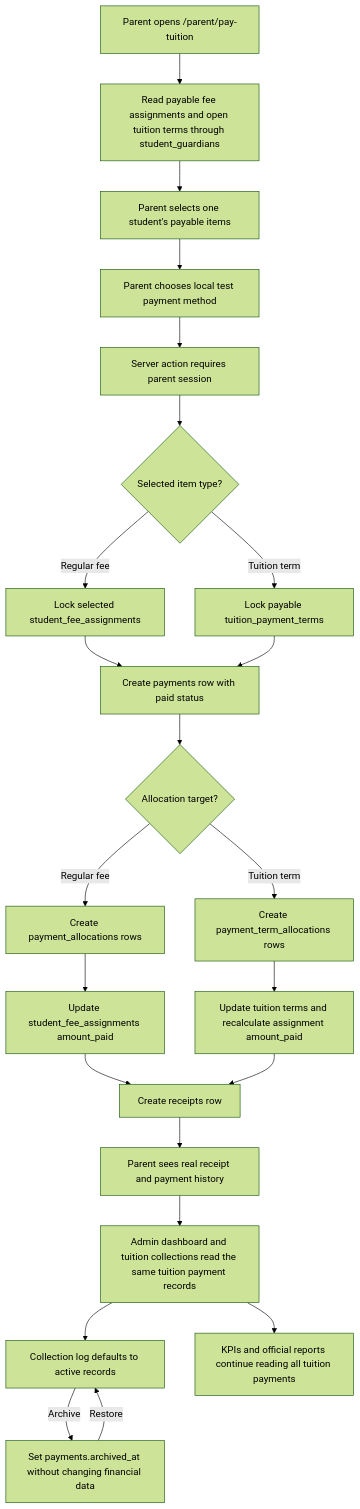
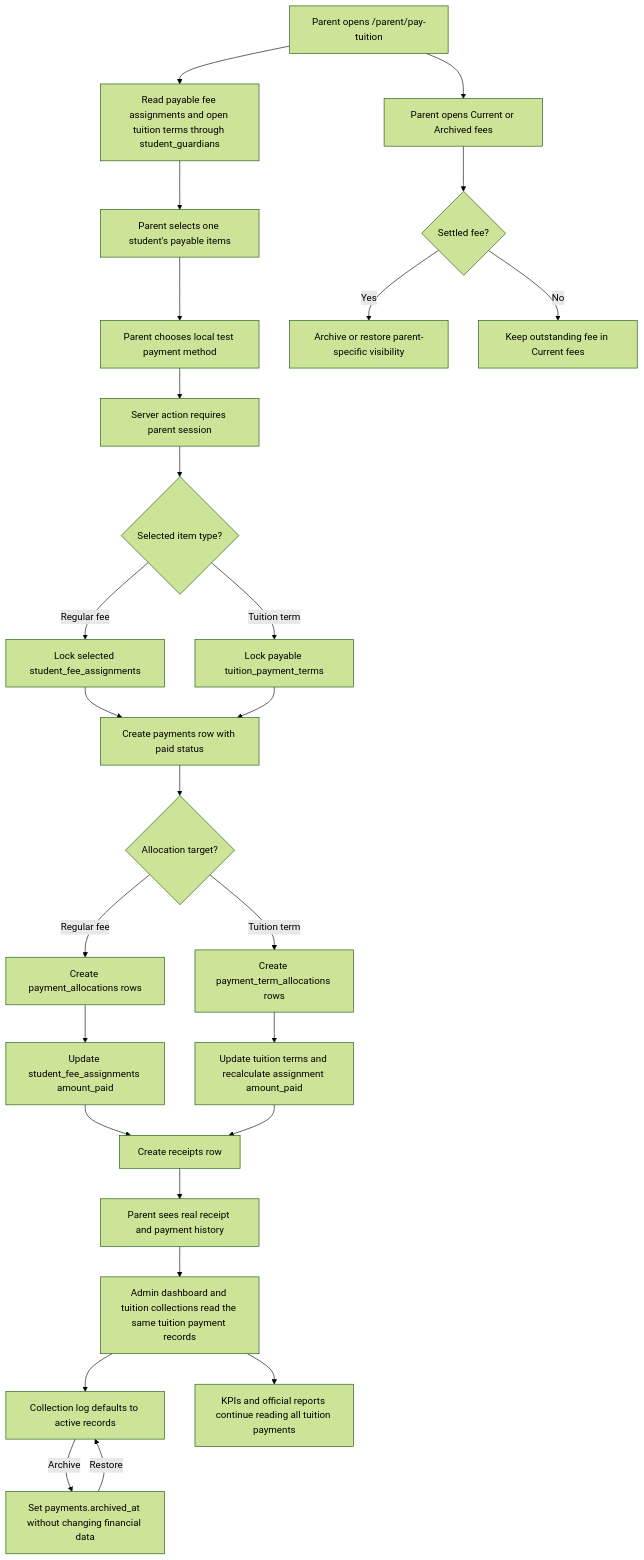
Before and after one commit to Xeyn19/xmetapay: diagram 17 of 21 in docs/PROJECT_FLOWCHARTS.md, drawn with Mermaid (forest theme). The commit also changed other lines of this file and 16 other files, not shown here.

````diff
--- a/docs/PROJECT_FLOWCHARTS.md
+++ b/docs/PROJECT_FLOWCHARTS.md
@@ -560,25 +560,29 @@
 ```mermaid
 flowchart TD
   A["Parent opens /parent/pay-tuition"] --> B["Read payable fee assignments and open tuition terms through student_guardians"]
   B --> C["Parent selects one student's payable items"]
   C --> D["Parent chooses local test payment method"]
   D --> E["Server action requires parent session"]
   E --> F{"Selected item type?"}
   F -->|Regular fee| G["Lock selected student_fee_assignments"]
   F -->|Tuition term| H["Lock payable tuition_payment_terms"]
   G --> I["Create payments row with paid status"]
   H --> I
   I --> J{"Allocation target?"}
   J -->|Regular fee| K["Create payment_allocations rows"]
   J -->|Tuition term| L["Create payment_term_allocations rows"]
   K --> M["Update student_fee_assignments amount_paid"]
   L --> N["Update tuition terms and recalculate assignment amount_paid"]
   M --> O["Create receipts row"]
   N --> O
   O --> P["Parent sees real receipt and payment history"]
   P --> Q["Admin dashboard and tuition collections read the same tuition payment records"]
   Q --> R["Collection log defaults to active records"]
   R -->|Archive| S["Set payments.archived_at without changing financial data"]
   S -->|Restore| R
   Q --> T["KPIs and official reports continue reading all tuition payments"]
+  A --> U["Parent opens Current or Archived fees"]
+  U --> V{"Settled fee?"}
+  V -->|Yes| W["Archive or restore parent-specific visibility"]
+  V -->|No| X["Keep outstanding fee in Current fees"]
 ```
````
